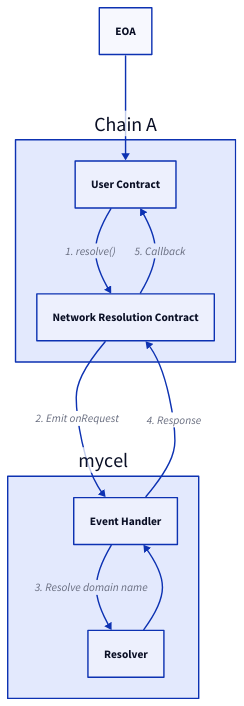
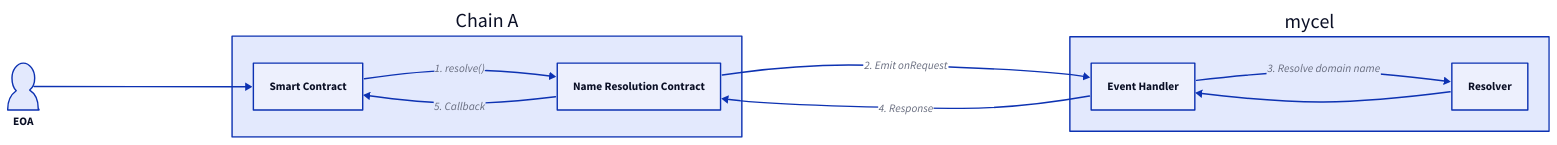
One commit to mycel-labs/mycel-docs changed the diagram in docs/assets/nrc.d2. Above: the diagram before and after it, drawn with D2. The commit also changed 1 other file, not shown here.

```diff
--- a/docs/assets/nrc.d2
+++ b/docs/assets/nrc.d2
@@ -1,20 +1,21 @@
+direction: right
 anotherBlockchain: Chain A{
-  "userContract": User Contract
-  "NRC": Network Resolution Contract
+  "userContract": Smart Contract
+  "NRC": Name Resolution Contract
 
+  userContract -> NRC: 1. resolve()
   NRC -> userContract: 5. Callback
-  userContract -> NRC: 1. resolve()
 }
 
 mycel{
   eventHandler: Event Handler
   Resolver
 
   eventHandler -> Resolver : 3. Resolve domain name
   Resolver -> eventHandler
 
 }
-
+EOA.shape:person
 EOA -> anotherBlockchain.userContract 
 anotherBlockchain.NRC -> mycel.eventHandler : 2. Emit onRequest
 mycel.eventHandler -> anotherBlockchain.NRC: 4. Response
```
